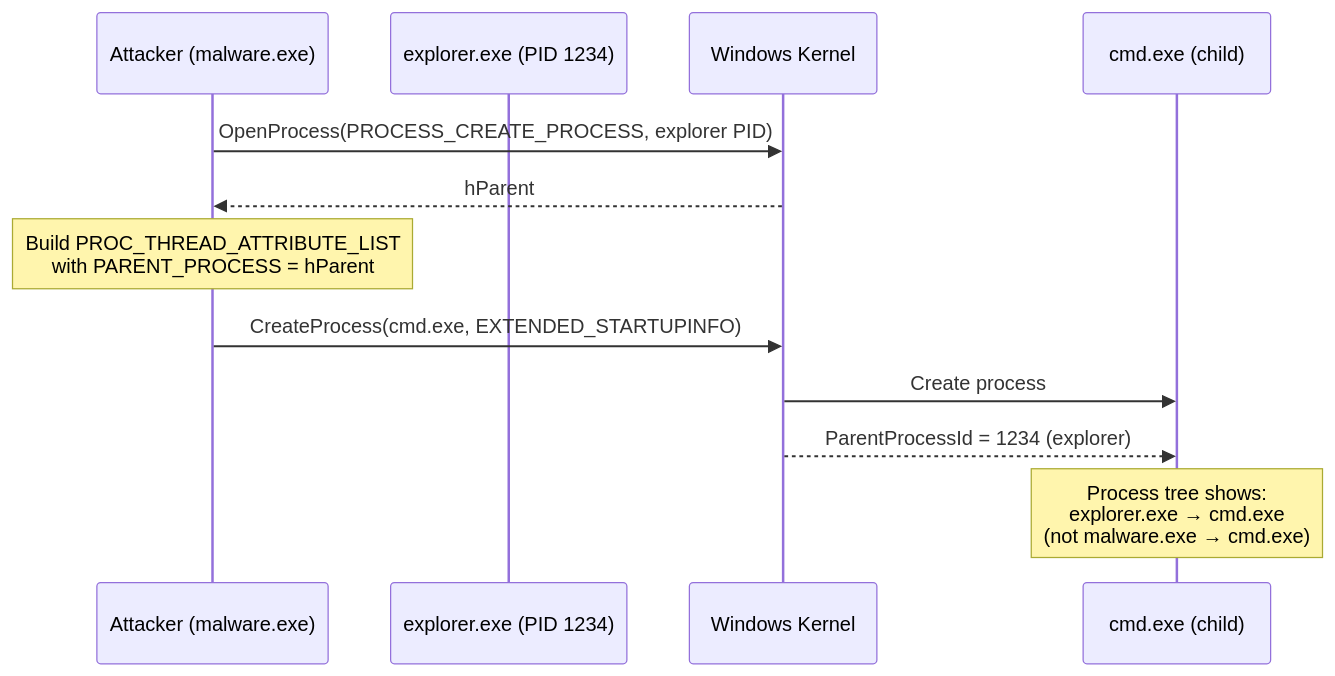
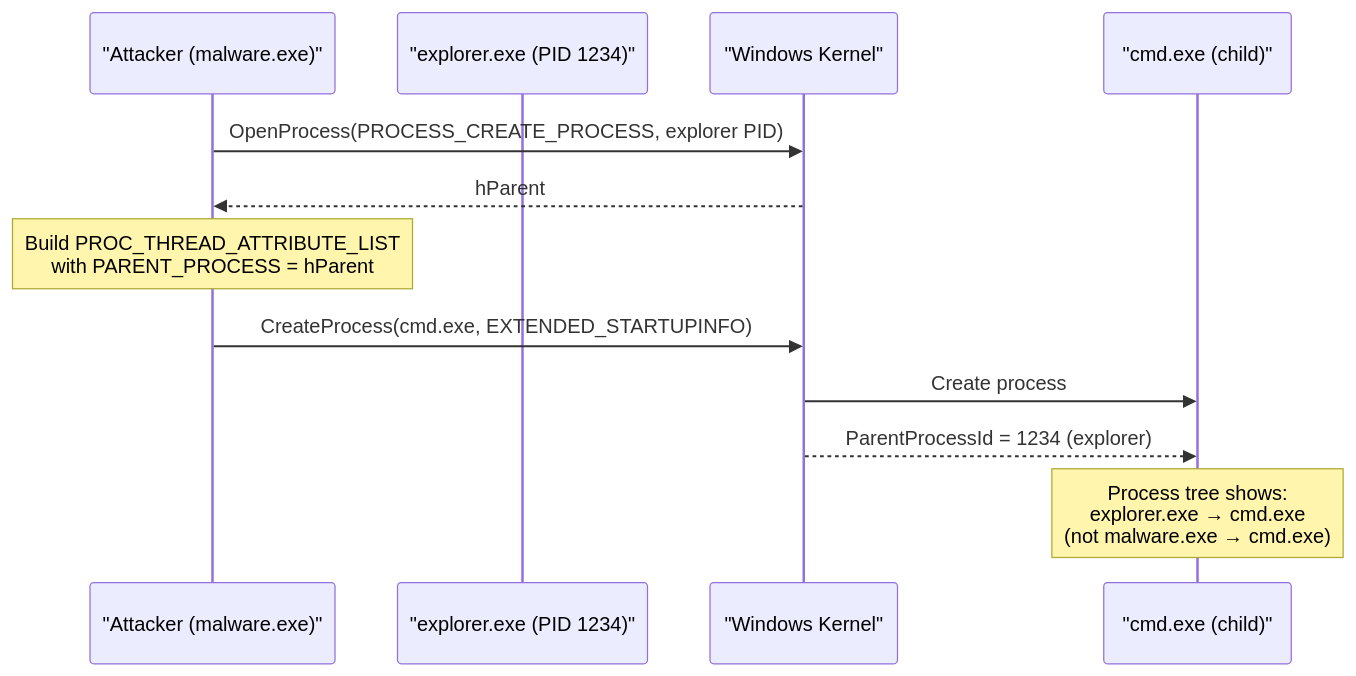
One commit to oioio-space/maldev changed the diagram in docs/techniques/evasion/ppid-spoofing.md. Above: the diagram before and after it, drawn with Mermaid. The commit also changed 52 other files, not shown here.

First line of the commit message:
fix(docs): quote multi-word Mermaid participant aliases — 11.2.0 strict-mode sweep

````diff
--- a/docs/techniques/evasion/ppid-spoofing.md
+++ b/docs/techniques/evasion/ppid-spoofing.md
@@ -20,18 +20,18 @@
 ```mermaid
 sequenceDiagram
-    participant Attacker as Attacker (malware.exe)
-    participant Explorer as explorer.exe (PID 1234)
-    participant Kernel as Windows Kernel
-    participant Child as cmd.exe (child)
+    participant Attacker as "Attacker (malware.exe)"
+    participant Explorer as "explorer.exe (PID 1234)"
+    participant Kernel as "Windows Kernel"
+    participant Child as "cmd.exe (child)"
 
     Attacker->>Kernel: OpenProcess(PROCESS_CREATE_PROCESS, explorer PID)
     Kernel-->>Attacker: hParent
 
     Note over Attacker: Build PROC_THREAD_ATTRIBUTE_LIST<br>with PARENT_PROCESS = hParent
 
     Attacker->>Kernel: CreateProcess(cmd.exe, EXTENDED_STARTUPINFO)
     Kernel->>Child: Create process
     Kernel-->>Child: ParentProcessId = 1234 (explorer)
 
     Note over Child: Process tree shows:<br>explorer.exe → cmd.exe<br>(not malware.exe → cmd.exe)
 ```
````
